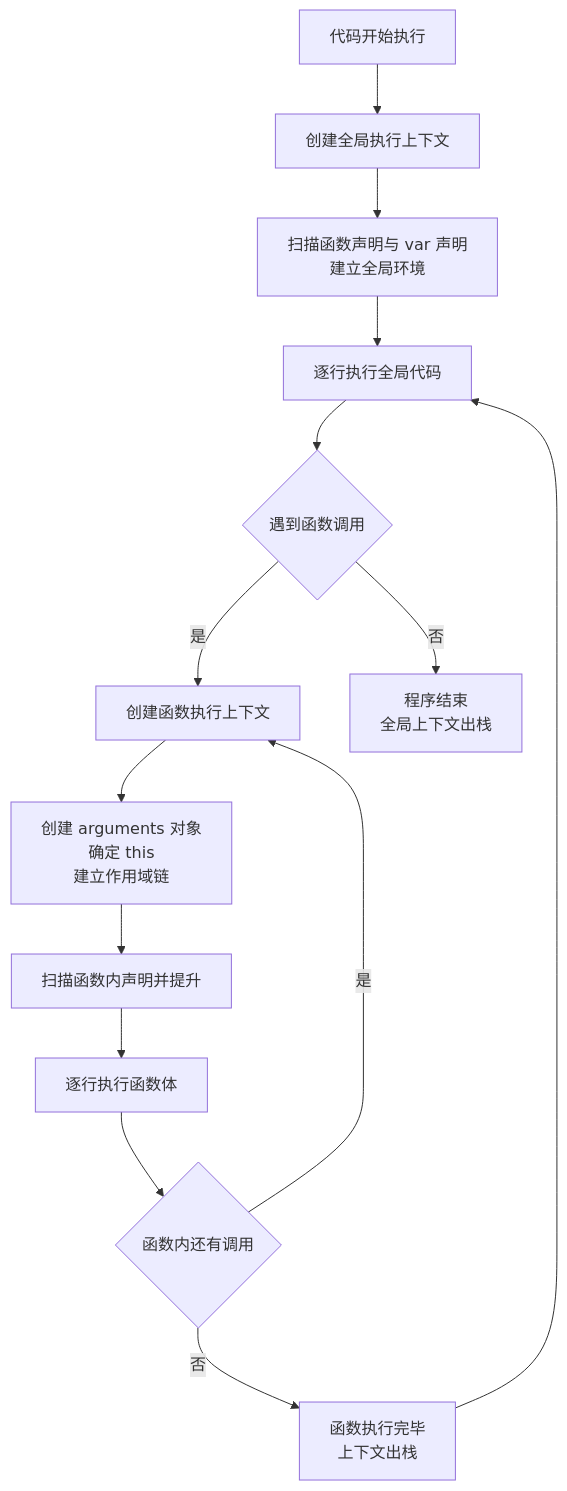
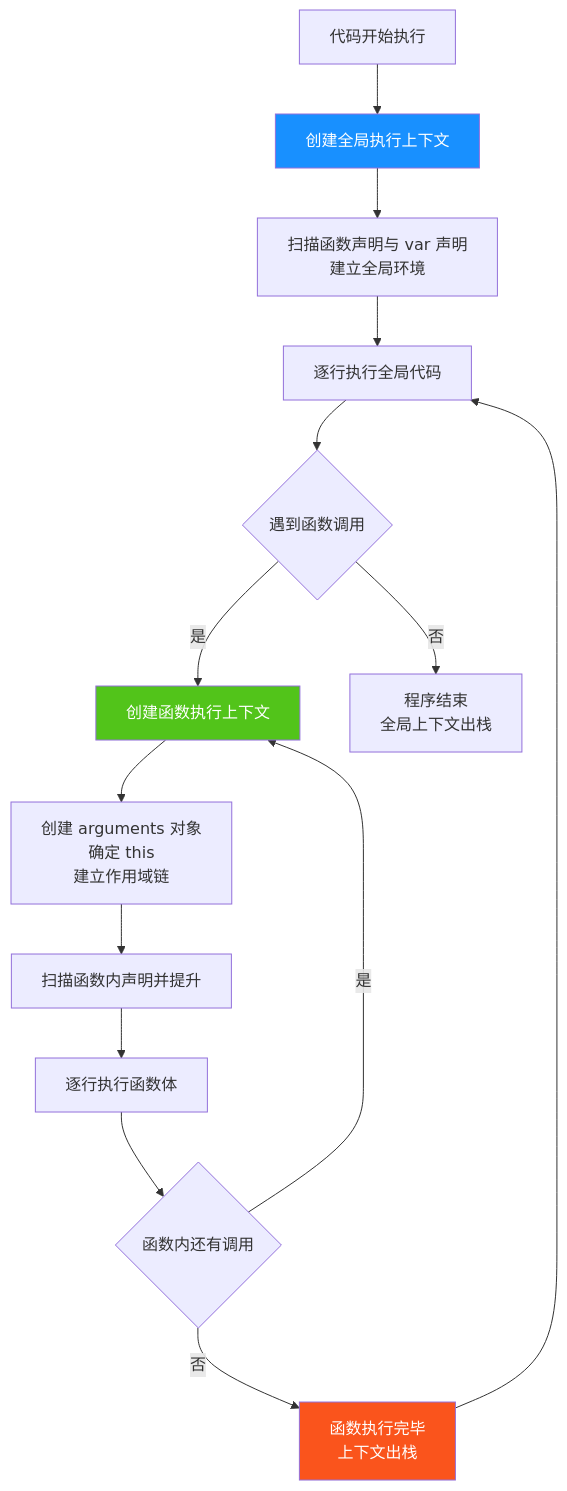
Before and after one commit to mansteinr/note-book: diagram 18 of 19 in JavaScript/06-执行上下文.md, drawn with Mermaid. The commit also changed other lines of this file and 6 other files, not shown here.

````diff
--- a/JavaScript/06-执行上下文.md
+++ b/JavaScript/06-执行上下文.md
@@ -692,16 +1673,20 @@
 ```mermaid
 flowchart TB
     A[代码开始执行] --> B[创建全局执行上下文]
     B --> C[扫描函数声明与 var 声明<br/>建立全局环境]
     C --> D[逐行执行全局代码]
     D --> E{遇到函数调用}
     E -->|是| F[创建函数执行上下文]
     F --> G[创建 arguments 对象<br/>确定 this<br/>建立作用域链]
     G --> H[扫描函数内声明并提升]
     H --> I[逐行执行函数体]
     I --> J{函数内还有调用}
     J -->|是| F
     J -->|否| K[函数执行完毕<br/>上下文出栈]
     K --> D
     E -->|否| L[程序结束<br/>全局上下文出栈]
+
+    style B fill:#1890ff,color:#fff
+    style F fill:#52c41a,color:#fff
+    style K fill:#fa541c,color:#fff
 ```
````
